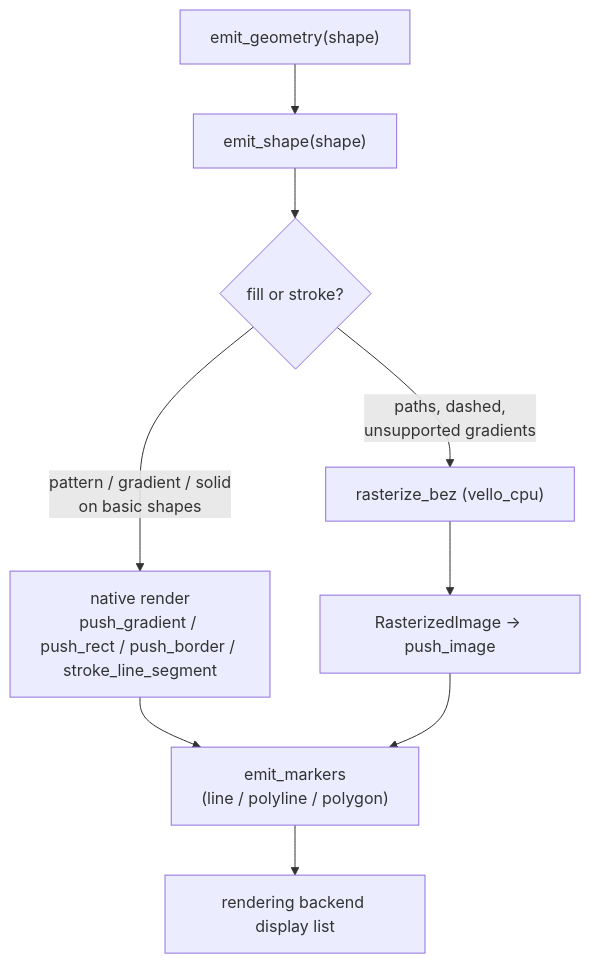
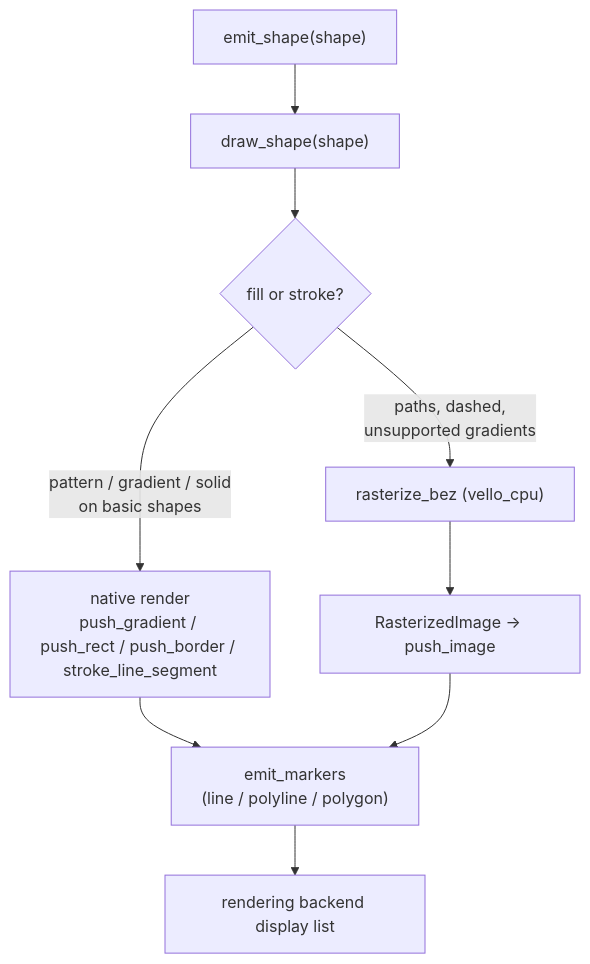
Before and after one commit to mu-mostafa98/servo: the fifth of 8 diagrams in components/svg/README.md, drawn with Mermaid. The commit also changed other lines of this file and 3 other files, not shown here.

````diff
--- a/components/svg/README.md
+++ b/components/svg/README.md
@@ -289,11 +290,11 @@
 ```mermaid
 flowchart TD
-    A["emit_geometry(shape)"] --> B["emit_shape(shape)"]
+    A["emit_shape(shape)"] --> B["draw_shape(shape)"]
     B --> C{"fill or stroke?"}
     C -- "pattern / gradient / solid<br/>on basic shapes" --> D["native render<br/>push_gradient / push_rect / push_border / stroke_line_segment"]
     C -- "paths, dashed,<br/>unsupported gradients" --> E["rasterize_bez (vello_cpu)"]
     D --> M["emit_markers<br/>(line / polyline / polygon)"]
     E --> G["RasterizedImage → push_image"]
     G --> M
     M --> F["rendering backend display list"]
 ```
````
